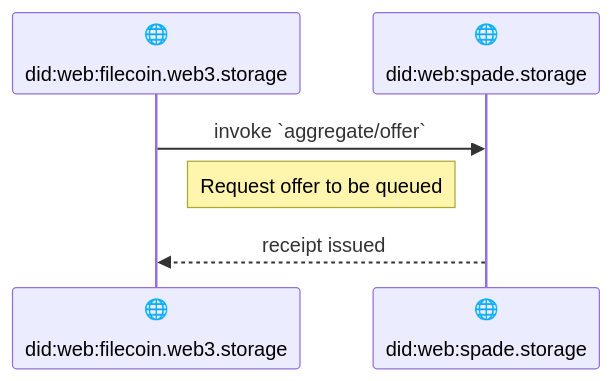
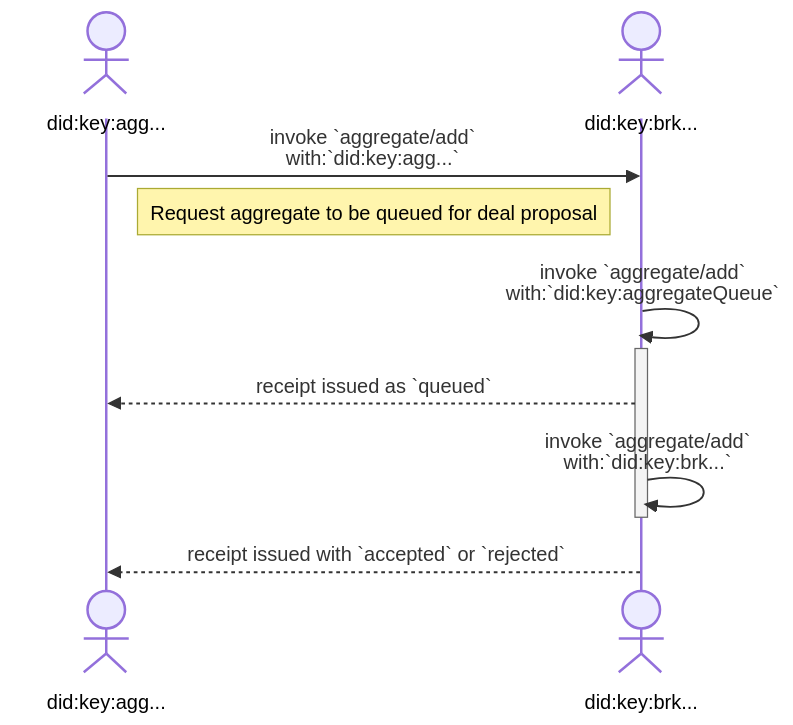
One commit to storacha/specs changed the third of 4 diagrams in w3-aggregation.md. Above: the diagram before and after it, drawn with Mermaid. The commit also changed other lines of this file and 1 other file, not shown here.

````diff
--- a/w3-aggregation.md
+++ b/w3-aggregation.md
@@ -100,9 +128,14 @@
 ```mermaid
 sequenceDiagram
-    participant Aggregator as 🌐<br/><br/>did:web:filecoin.web3.storage
-    participant Broker as 🌐<br/><br/>did:web:spade.storage
+    actor Aggregator as <br/><br/>did:key:agg...
+    actor Broker as <br/><br/>did:key:brk...
 
-    Aggregator->>Broker: invoke `aggregate/offer`
-    Note left of Broker: Request offer to be queued
-    Broker-->>Aggregator: receipt issued
+    Aggregator->>Broker: invoke `aggregate/add`<br>with:`did:key:agg...`
+    Note left of Broker: Request aggregate to be queued for deal proposal
+    Broker->>Broker: invoke `aggregate/add`<br>with:`did:key:aggregateQueue`
+    activate Broker
+    Broker-->>Aggregator: receipt issued as `queued`
+    Broker->>Broker: invoke `aggregate/add`<br>with:`did:key:brk...`
+    deactivate Broker
+    Broker-->>Aggregator: receipt issued with `accepted` or `rejected`
 ```
````
